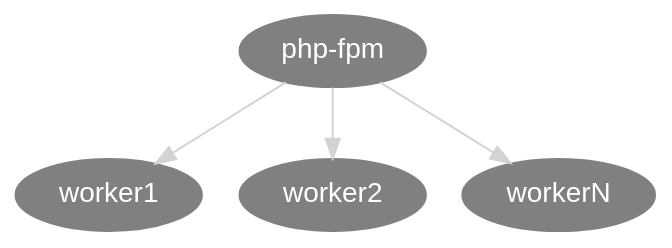
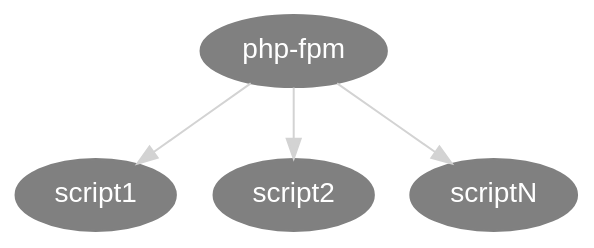
The diagram in plots/scaling2.dot (andimiller/blog), drawn with Graphviz before and after one commit. The commit also changed 6 other files, not shown here.

```diff
--- a/plots/scaling2.dot
+++ b/plots/scaling2.dot
@@ -1,8 +1,8 @@
 digraph G {
   bgcolor="transparent"
   node [ style = filled, color=grey, fontcolor=white, fontname="sans-serif"]
   edge [ color = lightgrey, fontcolor=white, fontname="sans-serif"]
-  "php-fpm" -> worker1
-  "php-fpm" -> worker2
-  "php-fpm" -> workerN
+  "php-fpm" -> script1 
+  "php-fpm" -> script2
+  "php-fpm" -> scriptN
 }
```
